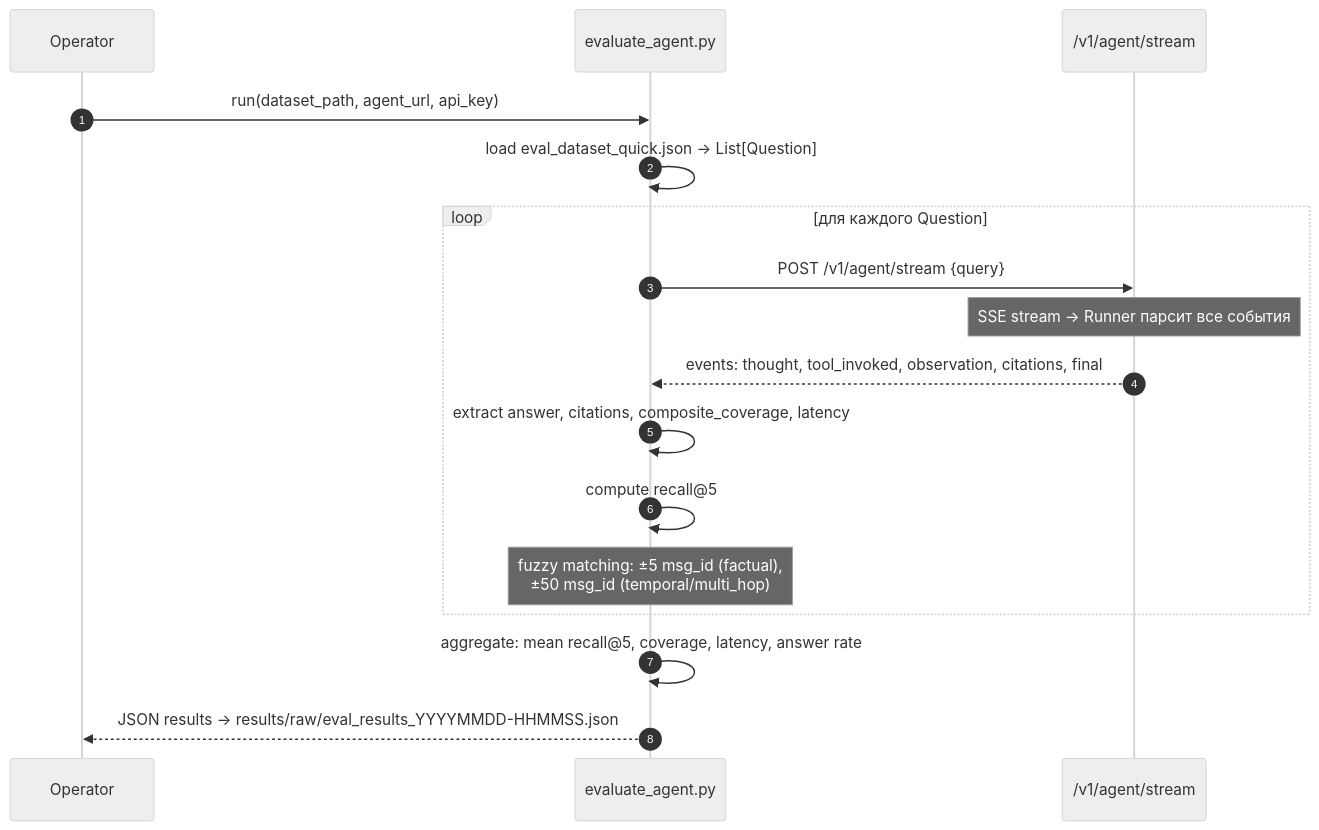
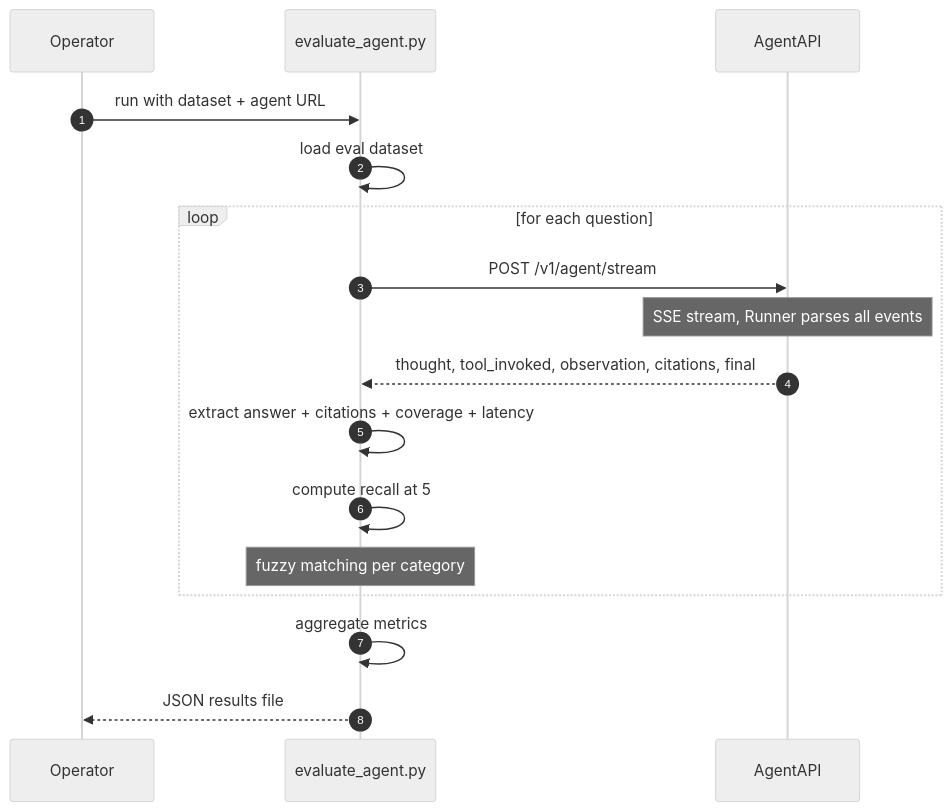
Before and after one commit to ezsx/rag_app: the first of 2 diagrams in docs/architecture/05-flows/FLOW-03-eval.md, drawn with Mermaid (neutral theme). The commit also changed other lines of this file and 4 other files, not shown here.

First line of the commit message:
fix: mermaid diagram syntax in FLOW-01/02/03 + README link to Architecture_ru.md

````diff
--- a/docs/architecture/05-flows/FLOW-03-eval.md
+++ b/docs/architecture/05-flows/FLOW-03-eval.md
@@ -26,23 +26,23 @@
 ```mermaid
 sequenceDiagram
   autonumber
   participant Op as Operator
   participant Runner as evaluate_agent.py
-  participant Agent as /v1/agent/stream
+  participant Agent as AgentAPI
 
-  Op->>Runner: run(dataset_path, agent_url, api_key)
-  Runner->>Runner: load eval_dataset_quick.json → List[Question]
+  Op->>Runner: run with dataset + agent URL
+  Runner->>Runner: load eval dataset
 
-  loop для каждого Question
-    Runner->>Agent: POST /v1/agent/stream {query}
-    Note over Agent: SSE stream → Runner парсит все события
-    Agent-->>Runner: events: thought, tool_invoked, observation, citations, final
-    Runner->>Runner: extract answer, citations, composite_coverage, latency
+  loop for each question
+    Runner->>Agent: POST /v1/agent/stream
+    Note over Agent: SSE stream, Runner parses all events
+    Agent-->>Runner: thought, tool_invoked, observation, citations, final
+    Runner->>Runner: extract answer + citations + coverage + latency
 
-    Runner->>Runner: compute recall@5
-    Note over Runner: fuzzy matching: ±5 msg_id (factual),<br/>±50 msg_id (temporal/multi_hop)
+    Runner->>Runner: compute recall at 5
+    Note over Runner: fuzzy matching per category
   end
 
-  Runner->>Runner: aggregate: mean recall@5, coverage, latency, answer rate
-  Runner-->>Op: JSON results → results/raw/eval_results_YYYYMMDD-HHMMSS.json
+  Runner->>Runner: aggregate metrics
+  Runner-->>Op: JSON results file
 ```
````
